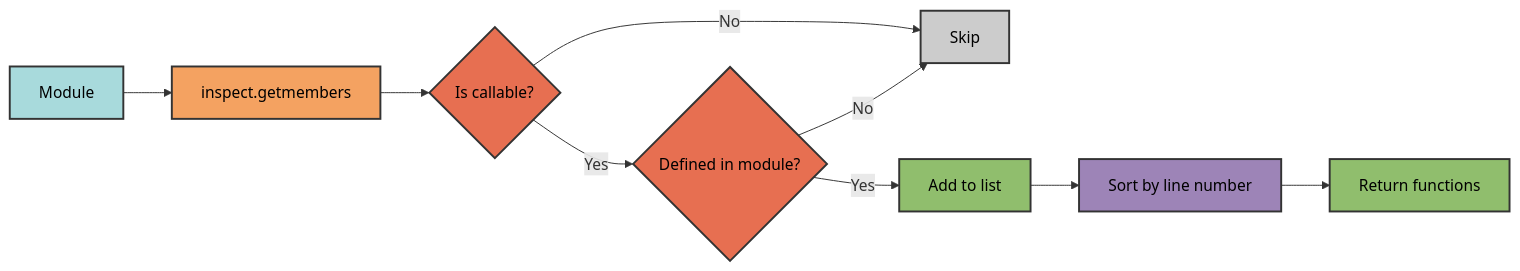
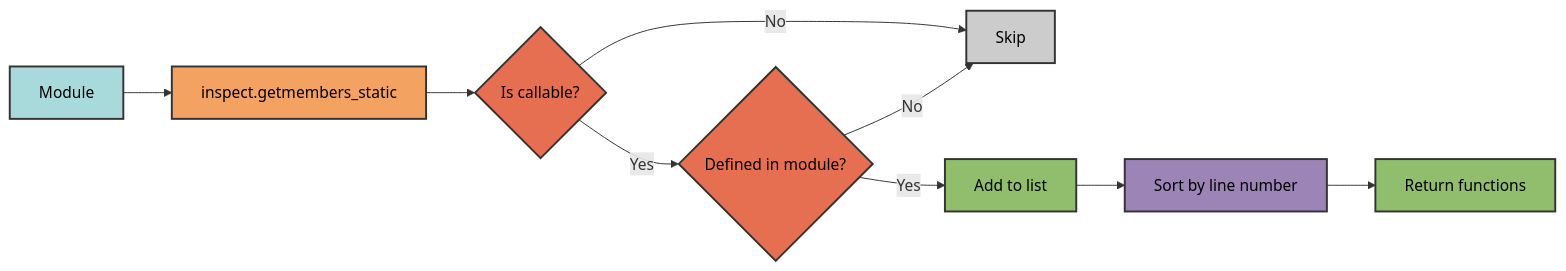
The fourth of 5 diagrams in docs/cli/architecture.md (Winipedia/pyrig), drawn with Mermaid before and after one commit. The commit also changed other lines of this file and 10 other files, not shown here.

````diff
--- a/docs/cli/architecture.md
+++ b/docs/cli/architecture.md
@@ -172,20 +172,20 @@
 ```mermaid
 flowchart LR
-    A[Module] --> B[inspect.getmembers]
+    A[Module] --> B[inspect.getmembers_static]
     B --> C{Is callable?}
     C -->|No| D[Skip]
     C -->|Yes| E{Defined in module?}
     E -->|No| D
     E -->|Yes| F[Add to list]
     F --> G[Sort by line number]
     G --> H[Return functions]
 
     style A fill:#a8dadc,stroke:#333,stroke-width:2px,color:#000
     style B fill:#f4a261,stroke:#333,stroke-width:2px,color:#000
     style C fill:#e76f51,stroke:#333,stroke-width:2px,color:#000
     style D fill:#ccc,stroke:#333,stroke-width:2px,color:#000
     style E fill:#e76f51,stroke:#333,stroke-width:2px,color:#000
     style F fill:#90be6d,stroke:#333,stroke-width:2px,color:#000
     style G fill:#9d84b7,stroke:#333,stroke-width:2px,color:#000
     style H fill:#90be6d,stroke:#333,stroke-width:2px,color:#000
 ```
````
